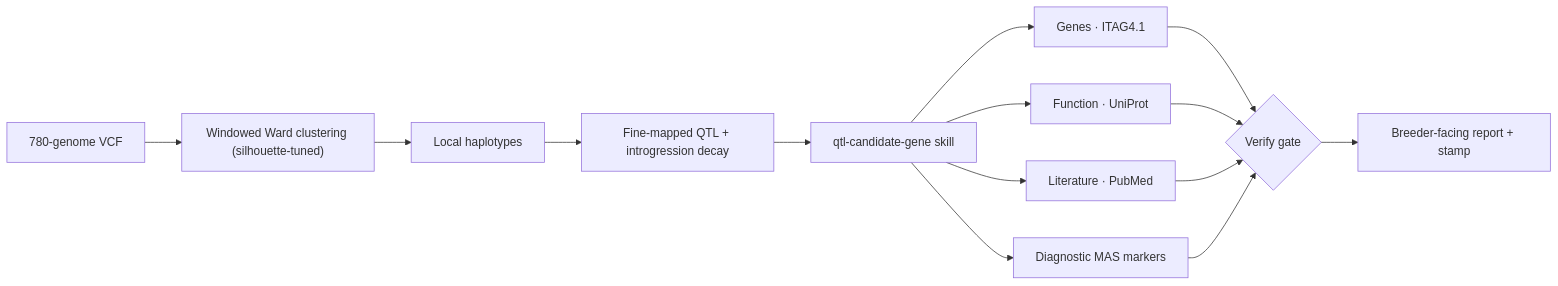
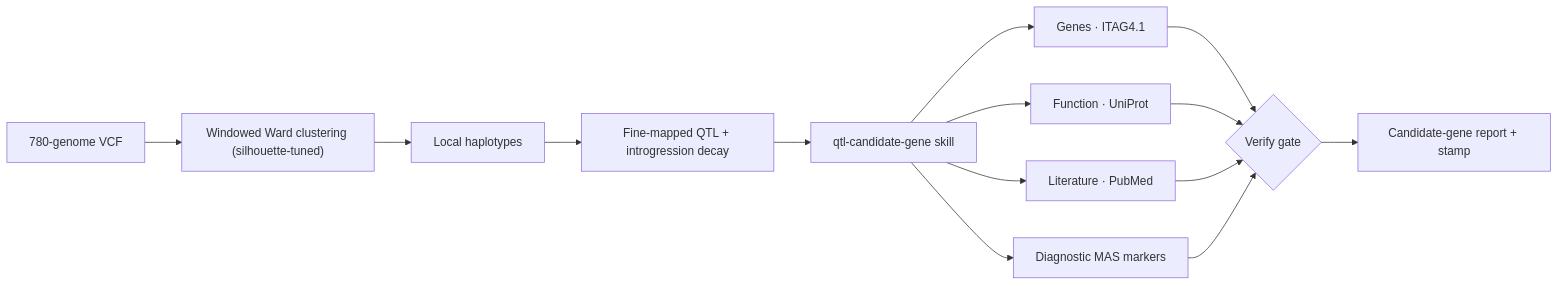
One commit to tayloranthonyanderson/haploqtl changed the first of 2 diagrams in README.md. Above: the diagram before and after it, drawn with Mermaid. The commit also changed other lines of this file and 4 other files, not shown here.

````diff
--- a/README.md
+++ b/README.md
@@ -32,16 +32,16 @@
 ```mermaid
 flowchart LR
   V["780-genome VCF"] --> C["Windowed Ward clustering (silhouette-tuned)"]
   C --> H["Local haplotypes"]
   H --> Q["Fine-mapped QTL + introgression decay"]
   Q --> S["qtl-candidate-gene skill"]
   S --> G["Genes · ITAG4.1"]
   S --> U["Function · UniProt"]
   S --> L["Literature · PubMed"]
   S --> M["Diagnostic MAS markers"]
   G --> VG{"Verify gate"}
   U --> VG
   L --> VG
   M --> VG
-  VG --> R["Breeder-facing report + stamp"]
+  VG --> R["Candidate-gene report + stamp"]
 ```
````
